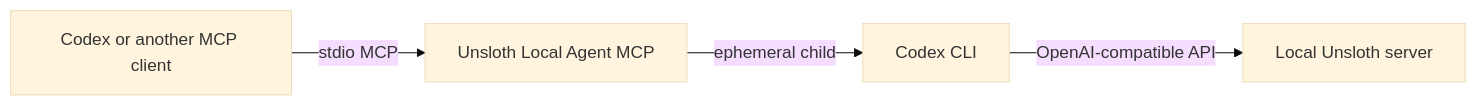
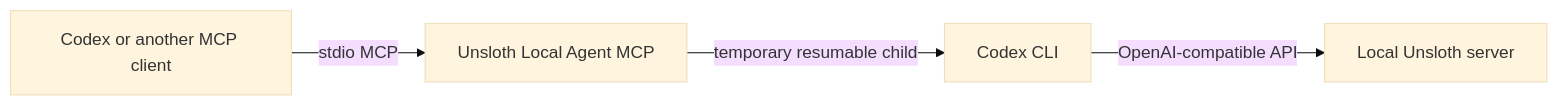
Before and after one commit to hzhang092/unsloth-local-agent-mcp: the diagram in README.md, drawn with Mermaid (base theme). The commit also changed other lines of this file and 4 other files, not shown here.

````diff
--- a/README.md
+++ b/README.md
@@ -26,6 +26,6 @@
 ```mermaid
 flowchart LR
     A[Codex or another MCP client] -->|stdio MCP| B[Unsloth Local Agent MCP]
-    B -->|ephemeral child| C[Codex CLI]
+    B -->|temporary resumable child| C[Codex CLI]
     C -->|OpenAI-compatible API| D[Local Unsloth server]
 ```
````
